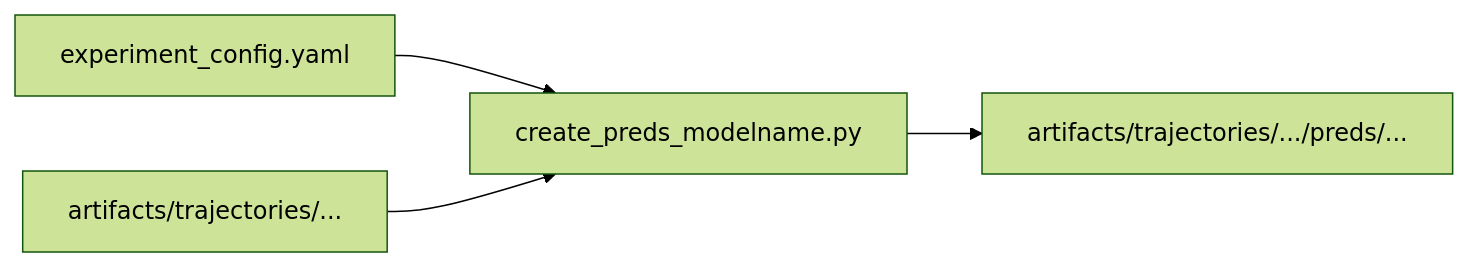
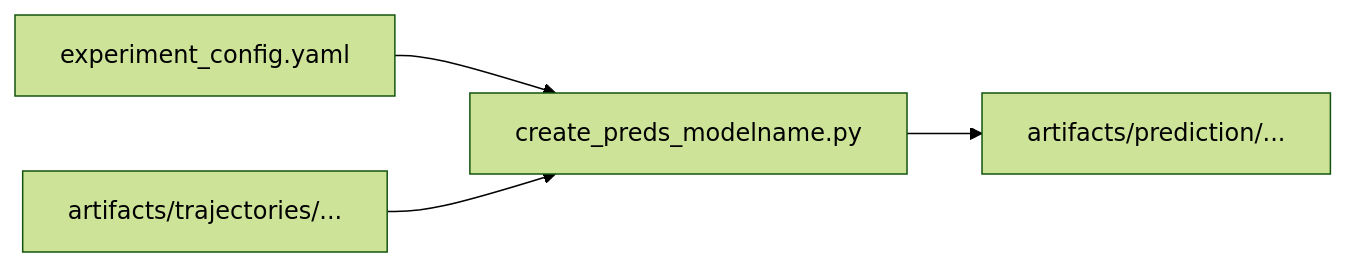
Before and after one commit to MSCA-DN-Digital-Finance/WP3_eXplainable_and_Fair_AI: the second of 2 diagrams in IRP1/Code/ct3_fm/src/prediction/README.md, drawn with Mermaid (forest theme). The commit also changed other lines of this file and 6 other files, not shown here.

````diff
--- a/IRP1/Code/ct3_fm/src/prediction/README.md
+++ b/IRP1/Code/ct3_fm/src/prediction/README.md
@@ -21,6 +22,6 @@
 ```mermaid
 graph LR
     exp_conf[experiment_config.yaml] --> create_preds[create_preds_modelname.py]
     out_gen[artifacts/trajectories/...] --> create_preds
-    create_preds --> out_pred[artifacts/trajectories/.../preds/...]
+    create_preds --> out_pred[artifacts/prediction/...]
 ```
````
